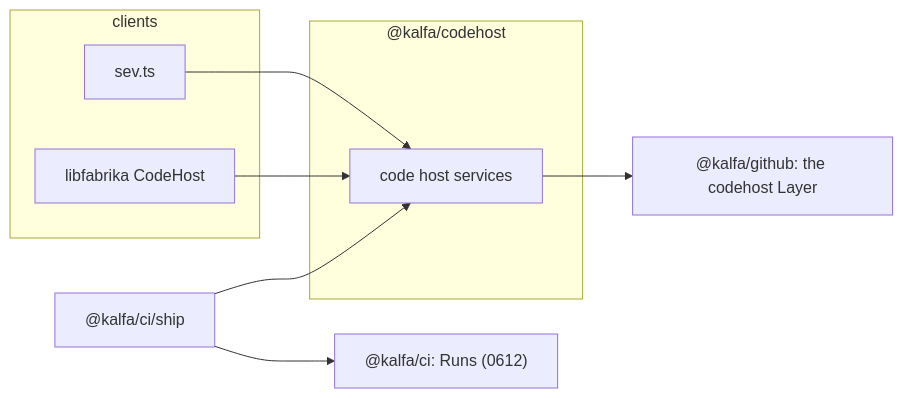
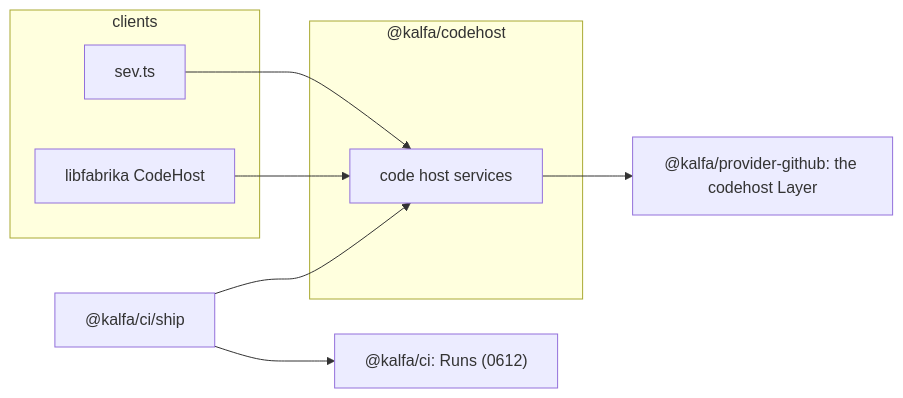
One commit to kamp-us/tea-fabrika changed the diagram in .decisions/0614-kalfa-codehost-holds-the-code-host-protocol-once.md. Above: the diagram before and after it, drawn with Mermaid. The commit also changed other lines of this file and 5 other files, not shown here.

First line of the commit message:
Provider packages are named @kalfa/provider-<name>, as Terraform names its providers, and the Journal lives in @kalfa/program with ledger's journal Layer (0616, 0612, 0614, 0601, 0585)

````diff
--- a/.decisions/0614-kalfa-codehost-holds-the-code-host-protocol-once.md
+++ b/.decisions/0614-kalfa-codehost-holds-the-code-host-protocol-once.md
@@ -11,18 +11,18 @@
 ```mermaid
 flowchart LR
   subgraph clients["clients"]
     sev["sev.ts"]
     lib["libfabrika CodeHost"]
   end
   ship["@kalfa/ci/ship"]
   subgraph codehost["@kalfa/codehost"]
     services["code host services"]
   end
-  gh["@kalfa/github: the codehost Layer"]
+  gh["@kalfa/provider-github: the codehost Layer"]
   runs["@kalfa/ci: Runs (0612)"]
   ship --> services
   sev --> services
   lib --> services
   services --> gh
   ship --> runs
 ```
````
